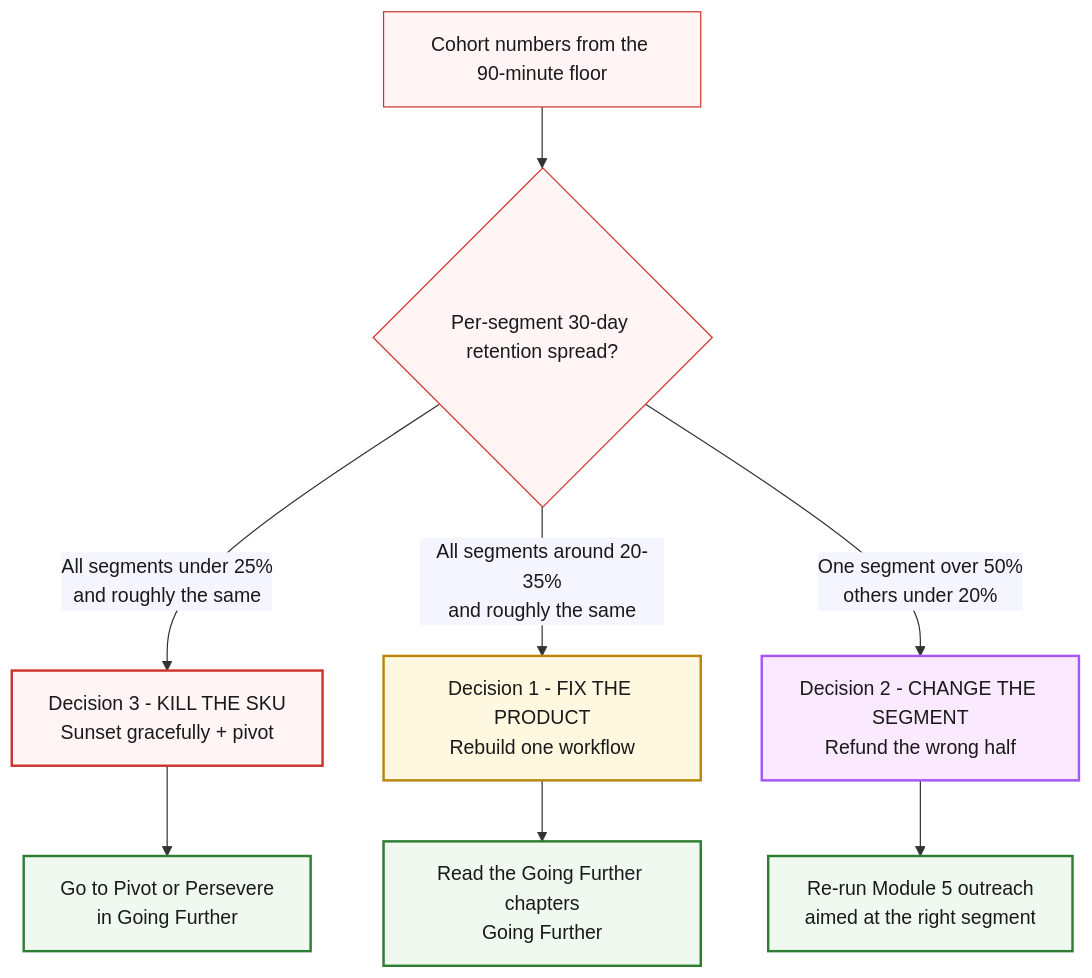
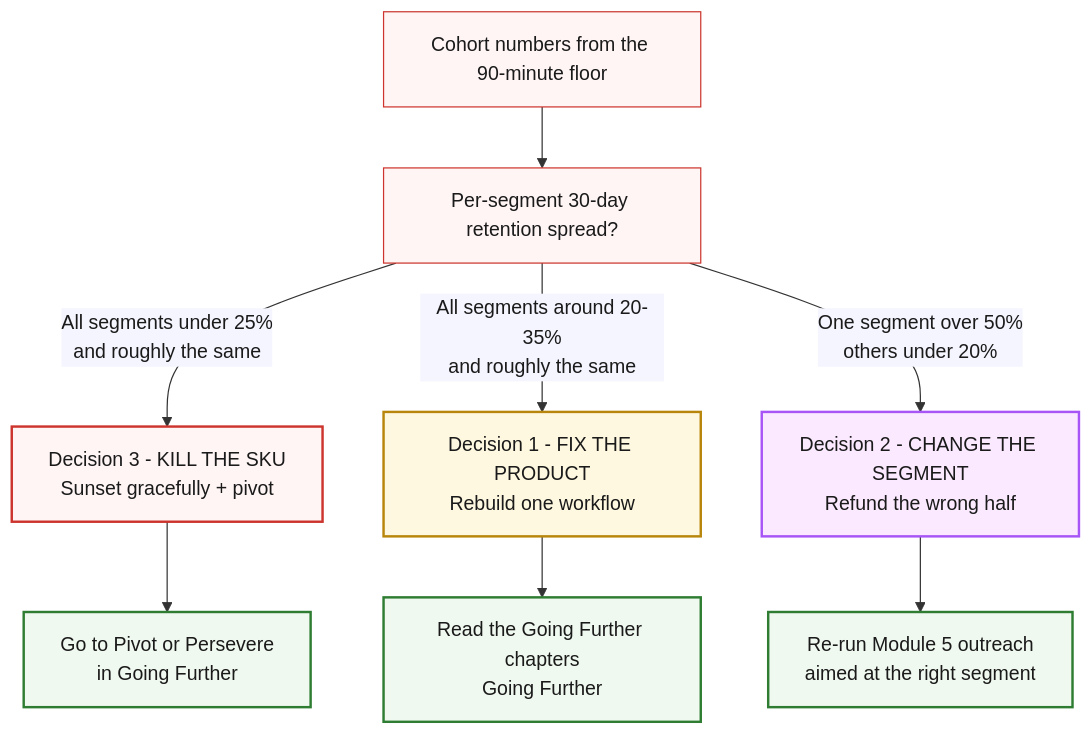
The diagram in content/course/tech-for-non-technical-founders-2026/customers-leaving-churn-triage-not-acquisition/index.md (jetthoughts/jetthoughts.github.io), drawn with Mermaid before and after one commit. The commit also changed 27 other files, not shown here.

First line of the commit message:
fix(course): M5 design wave - Caveat webfont root-cause fix, semantic recolors, diagram + template alignment

````diff
--- a/content/course/tech-for-non-technical-founders-2026/customers-leaving-churn-triage-not-acquisition/index.md
+++ b/content/course/tech-for-non-technical-founders-2026/customers-leaving-churn-triage-not-acquisition/index.md
@@ -114,20 +114,20 @@
 ```mermaid
-%%{init: {'theme':'base', 'themeVariables': {'fontFamily':'Caveat, Patrick Hand, cursive', 'primaryColor':'#fff5f5', 'primaryBorderColor':'#cc342d', 'lineColor':'#333', 'primaryTextColor':'#1a1a1a'}}}%%
+%%{init: {'theme':'base', 'themeVariables': {'fontFamily':'Caveat, Patrick Hand, Comic Sans MS, cursive', 'primaryColor':'#fff5f5', 'primaryBorderColor':'#cc342d', 'lineColor':'#333', 'primaryTextColor':'#1a1a1a'}}}%%
 flowchart TD
-    A[Cohort numbers from the 90-minute floor] --> B{Per-segment 30-day retention spread?}
+    A[Cohort numbers from the 90-minute floor] --> B[Per-segment 30-day retention spread?]
     B -->|All segments under 25%<br/>and roughly the same| C[Decision 3 - KILL THE SKU<br/>Sunset gracefully + pivot]
     B -->|All segments around 20-35%<br/>and roughly the same| D[Decision 1 - FIX THE PRODUCT<br/>Rebuild one workflow]
     B -->|One segment over 50%<br/>others under 20%| E[Decision 2 - CHANGE THE SEGMENT<br/>Refund the wrong half]
     C --> CK[Go to Pivot or Persevere<br/>in Going Further]
     D --> DK[Read the Going Further chapters<br/>Going Further]
     E --> EK[Re-run Module 5 outreach<br/>aimed at the right segment]
 
     classDef redbox fill:#fff5f5,stroke:#cc342d,stroke-width:2px;
     classDef yellowbox fill:#fff8e0,stroke:#b8860b,stroke-width:2px;
     classDef purplebox fill:#fbe9ff,stroke:#a855f7,stroke-width:2px;
     classDef greenbox fill:#f0f9f0,stroke:#2e7d32,stroke-width:2px;
     class C redbox
     class D yellowbox
     class E purplebox
     class CK,DK,EK greenbox
 ```
````
